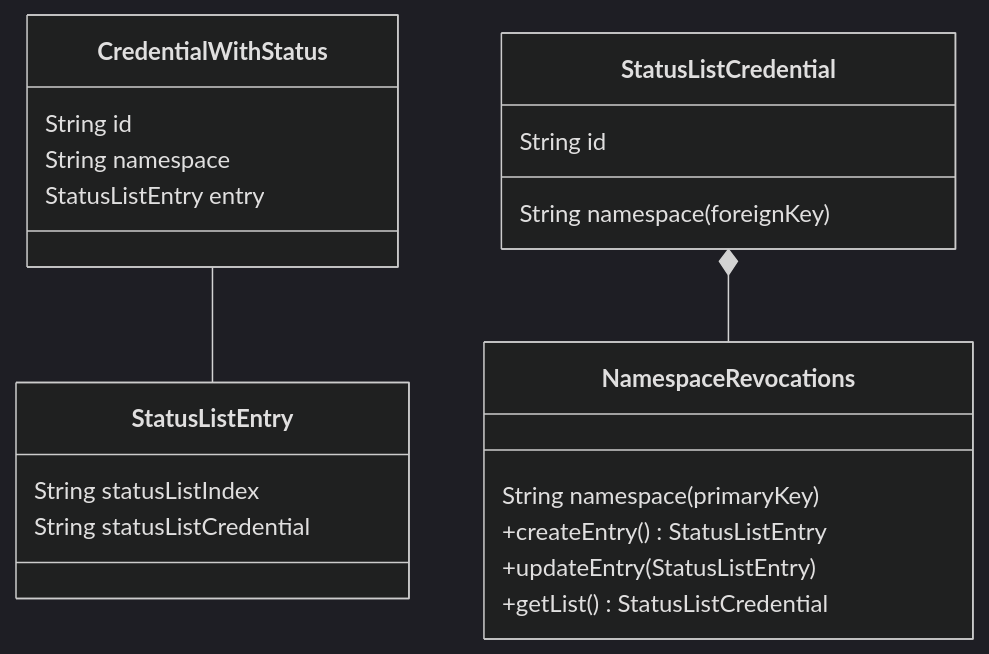
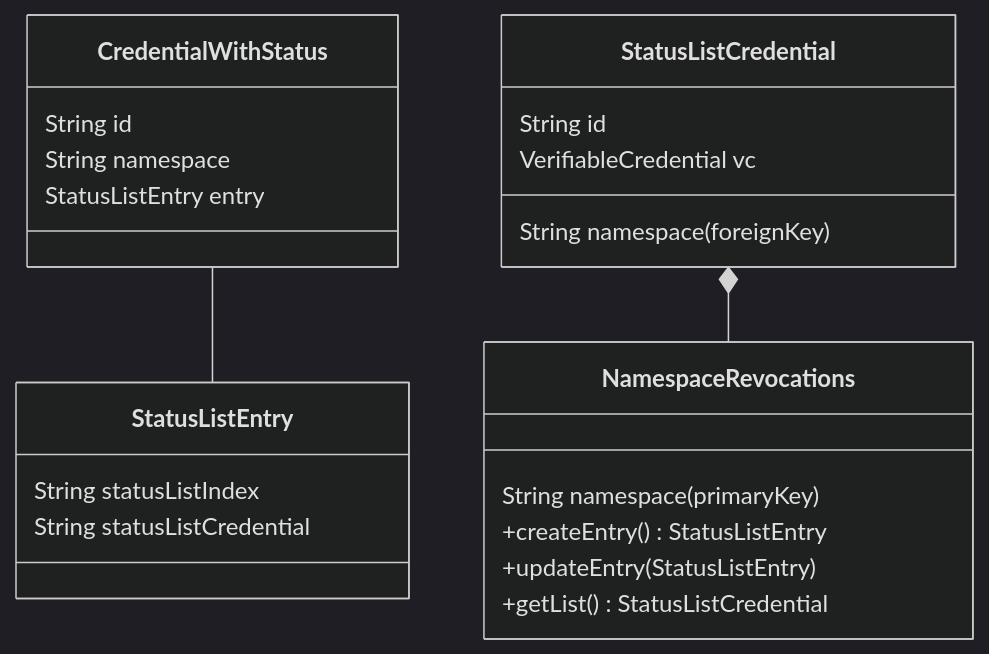
One commit to energywebfoundation/ssi-hub changed the fourth of 4 diagrams in docs/revocation.md. Above: the diagram before and after it, drawn with Mermaid (dark theme).

Commit message:
docs(revocation): add vc to statusListCredential

````diff
--- a/docs/revocation.md
+++ b/docs/revocation.md
@@ -114,26 +114,27 @@
 ```mermaid
 classDiagram
 
 CredentialWithStatus -- StatusListEntry
 
 class CredentialWithStatus
 CredentialWithStatus : String id
 CredentialWithStatus : String namespace
 CredentialWithStatus : StatusListEntry entry
 
 class StatusListEntry
 StatusListEntry : String statusListIndex
 StatusListEntry : String statusListCredential
 
 StatusListCredential *-- NamespaceRevocations
 
 class NamespaceRevocations
 NamespaceRevocations : String namespace (primaryKey)
 NamespaceRevocations : +createEntry() StatusListEntry
 NamespaceRevocations : +updateEntry(StatusListEntry)
 NamespaceRevocations : +getList() StatusListCredential
 
 class StatusListCredential
 StatusListCredential : String id
+StatusListCredential : VerifiableCredential vc
 StatusListCredential : String namespace (foreignKey)
 ```
````
